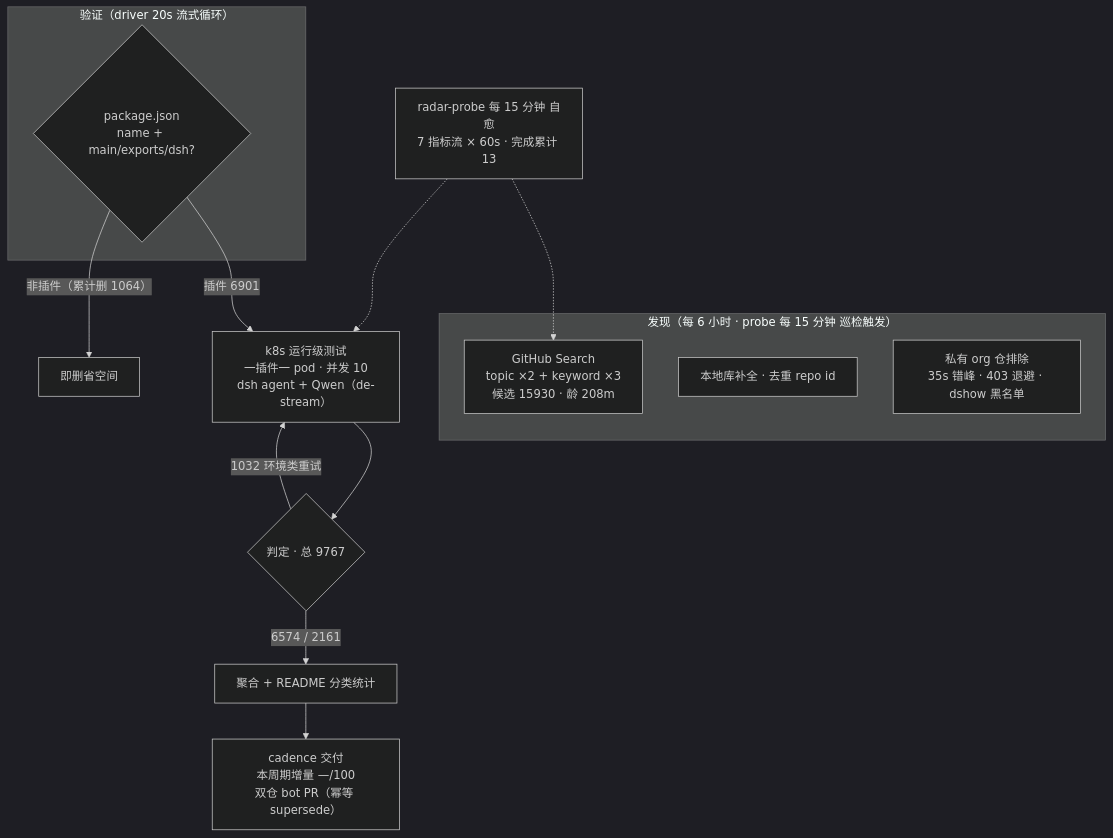
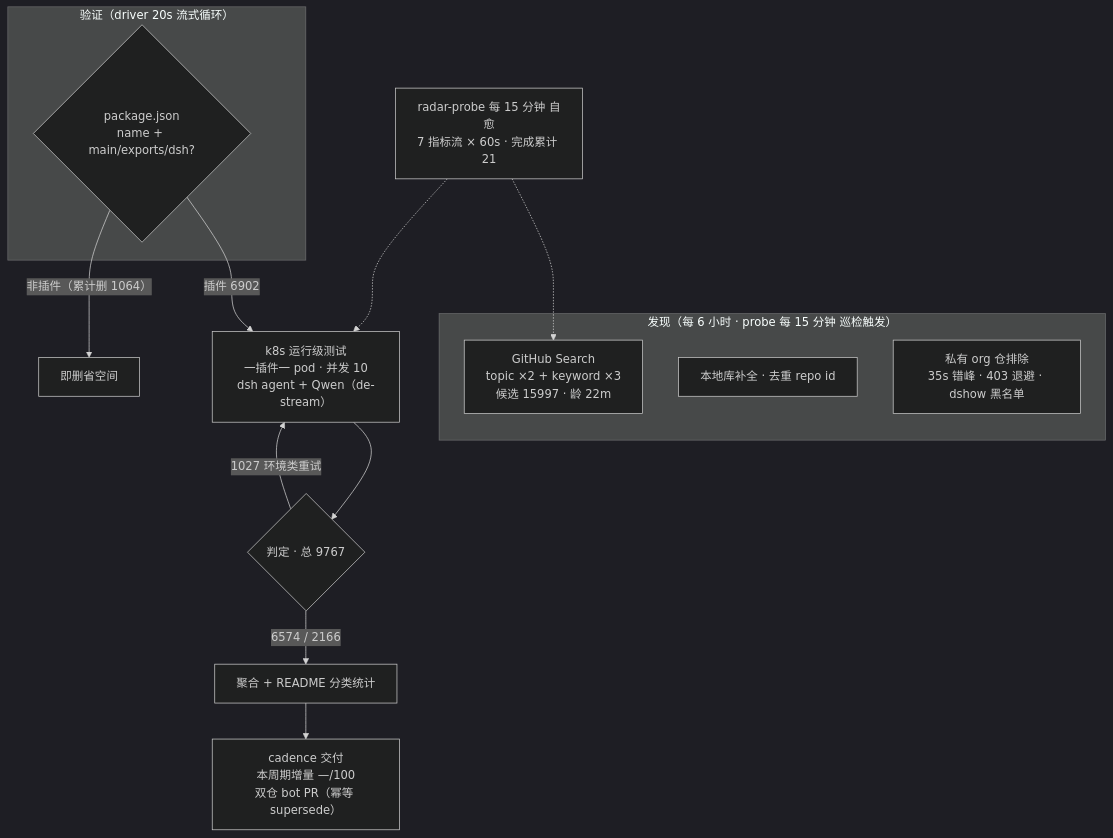
The diagram in README.md (Zhidao-Lab-OSS/awesome-dsh-plugins), drawn with Mermaid (dark theme) before and after one commit. The commit also changed other lines of this file and 1 other file, not shown here.

````diff
--- a/README.md
+++ b/README.md
@@ -37,20 +37,20 @@
 ```mermaid
 flowchart TB
     subgraph Discovery["发现（每 6 小时 · probe 每 15 分钟 巡检触发）"]
-        A1["GitHub Search<br/>topic ×2 + keyword ×3<br/>候选 15930 · 龄 208m"]
+        A1["GitHub Search<br/>topic ×2 + keyword ×3<br/>候选 15997 · 龄 22m"]
         A2["本地库补全 · 去重 repo id"]
         A3["私有 org 仓排除<br/>35s 错峰 · 403 退避 · dshow 黑名单"]
     end
     subgraph Validation["验证（driver 20s 流式循环）"]
         B1{"package.json<br/>name + main/exports/dsh?"}
     end
-    B1 -->|"插件 6901"| C1["k8s 运行级测试<br/>一插件一 pod · 并发 10<br/>dsh agent + Qwen（de-stream）"]
+    B1 -->|"插件 6902"| C1["k8s 运行级测试<br/>一插件一 pod · 并发 10<br/>dsh agent + Qwen（de-stream）"]
     B1 -->|"非插件（累计删 1064）"| B3["即删省空间"]
     C1 --> D1{"判定 · 总 9767"}
-    D1 -->|"6574 / 2161"| E1["聚合 + README 分类统计"]
-    D1 -->|"1032 环境类重试"| C1
+    D1 -->|"6574 / 2166"| E1["聚合 + README 分类统计"]
+    D1 -->|"1027 环境类重试"| C1
     E1 --> E2["cadence 交付<br/>本周期增量 —/100<br/>双仓 bot PR（幂等 supersede）"]
-    M["radar-probe 每 15 分钟 自愈<br/>7 指标流 × 60s · 完成累计 13"]
+    M["radar-probe 每 15 分钟 自愈<br/>7 指标流 × 60s · 完成累计 21"]
     M -.-> A1
     M -.-> C1
 ```
````
